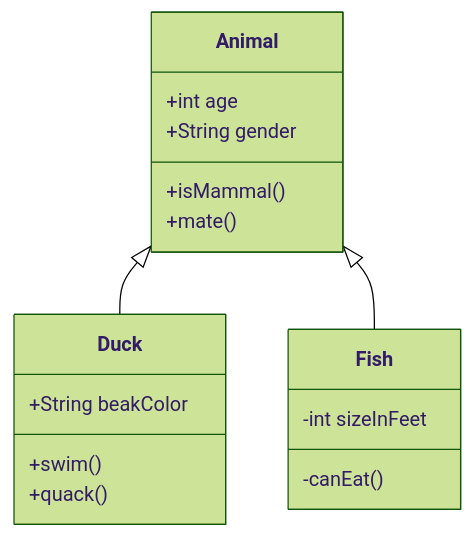
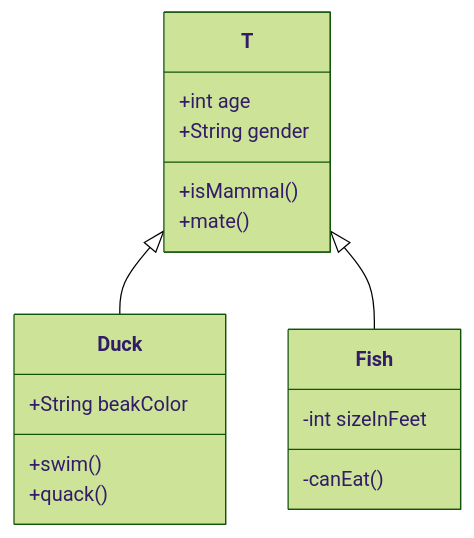
The diagram in all/未命名.md (Jason-DancingBoy/iodraw-files), drawn with Mermaid (forest theme) before and after one commit.

Commit message:
2026-01-02 20:30:20 update

````diff
--- a/all/未命名.md
+++ b/all/未命名.md
@@ -1,19 +1,19 @@
 ```mermaid
 classDiagram
-    Animal <|-- Duck
-    Animal <|-- Fish
-    Animal : +int age
-    Animal : +String gender
-    Animal: +isMammal()
-    Animal: +mate()
+    T <|-- Duck
+    T <|-- Fish
+    T : +int age
+    T : +String gender
+    T: +isMammal()
+    T: +mate()
     class Duck{
       +String beakColor
       +swim()
       +quack()
     }
     class Fish{
       -int sizeInFeet
       -canEat()
     }
             
 ```
````
